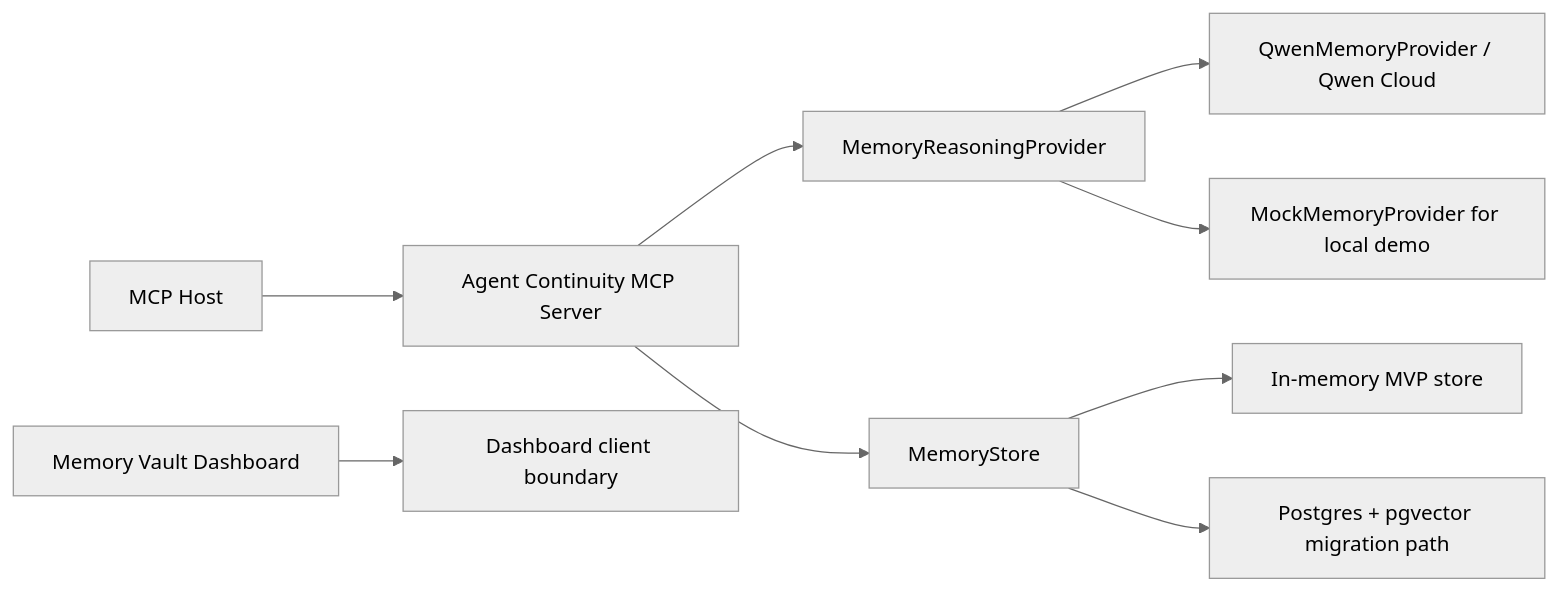
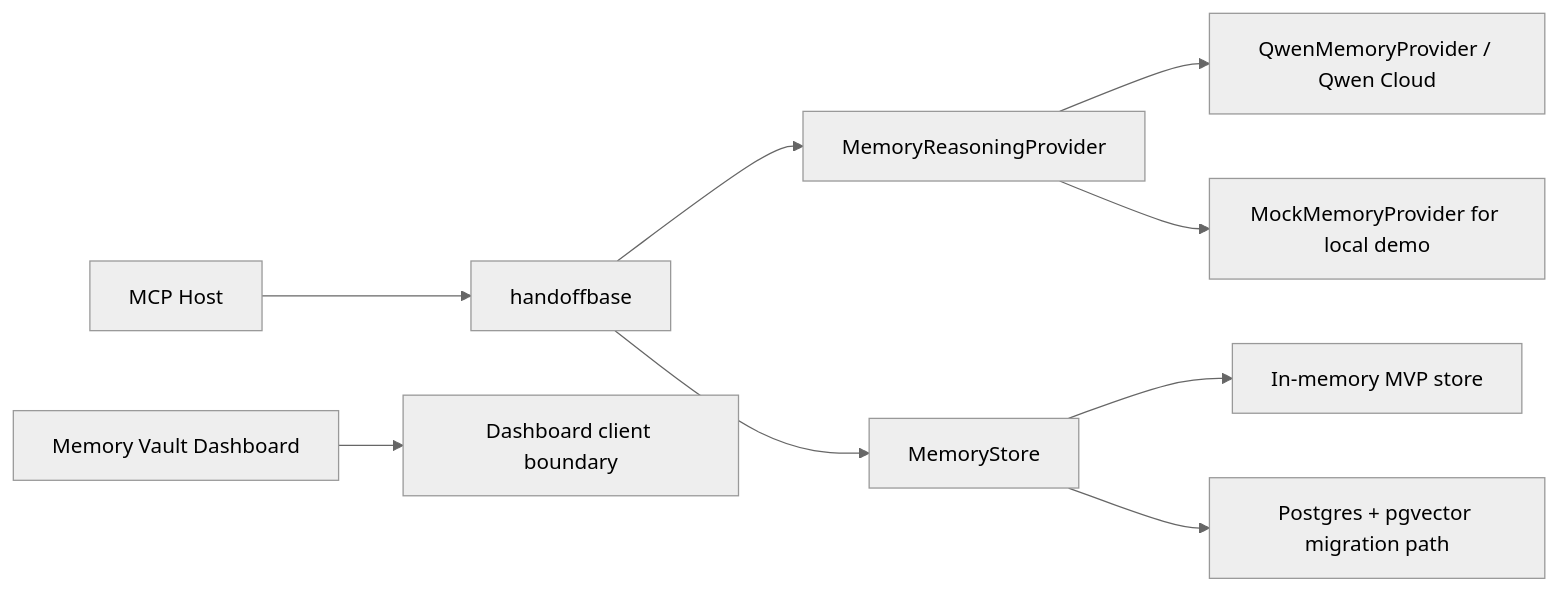
The diagram in README.md (jensonChow/handoffbase), drawn with Mermaid (neutral theme) before and after one commit. The commit also changed other lines of this file and 38 other files, not shown here.

````diff
--- a/README.md
+++ b/README.md
@@ -185,11 +194,11 @@
 ```mermaid
 flowchart LR
-  Host["MCP Host"] --> Server["Agent Continuity MCP Server"]
+  Host["MCP Host"] --> Server["handoffbase"]
   Server --> Provider["MemoryReasoningProvider"]
   Provider --> Qwen["QwenMemoryProvider / Qwen Cloud"]
   Provider --> Mock["MockMemoryProvider for local demo"]
   Server --> Store["MemoryStore"]
   Store --> Local["In-memory MVP store"]
   Store --> DB["Postgres + pgvector migration path"]
   Dashboard["Memory Vault Dashboard"] --> API["Dashboard client boundary"]
 ```
````
